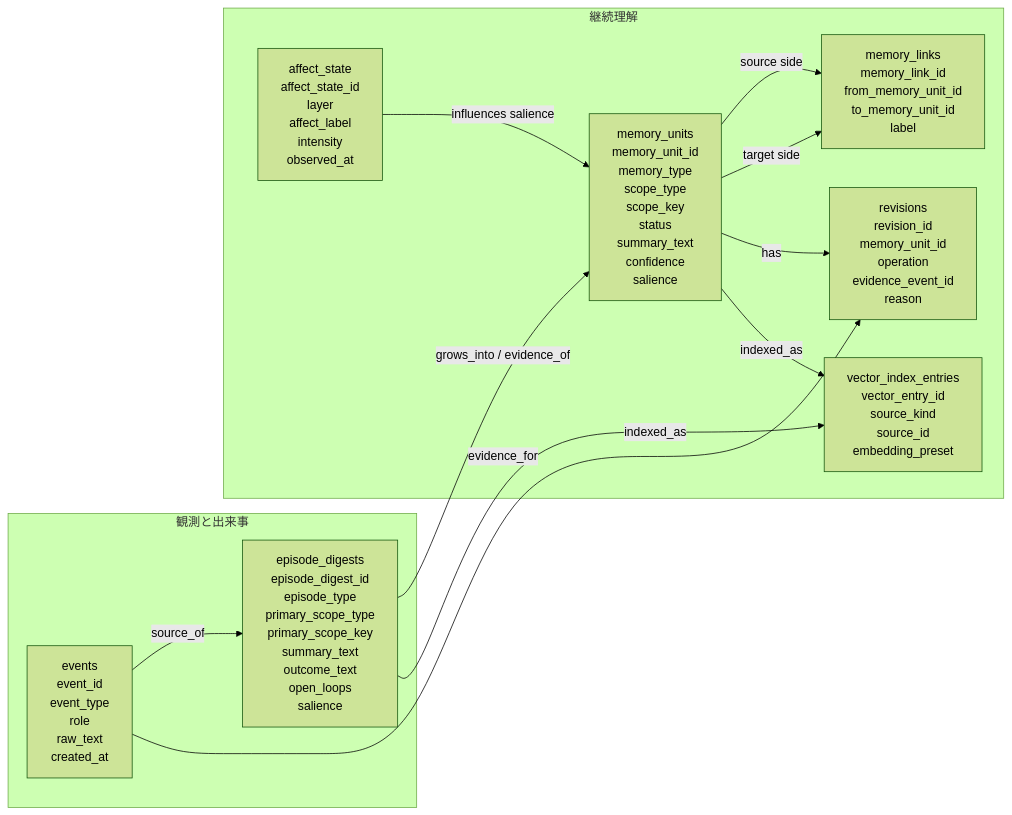
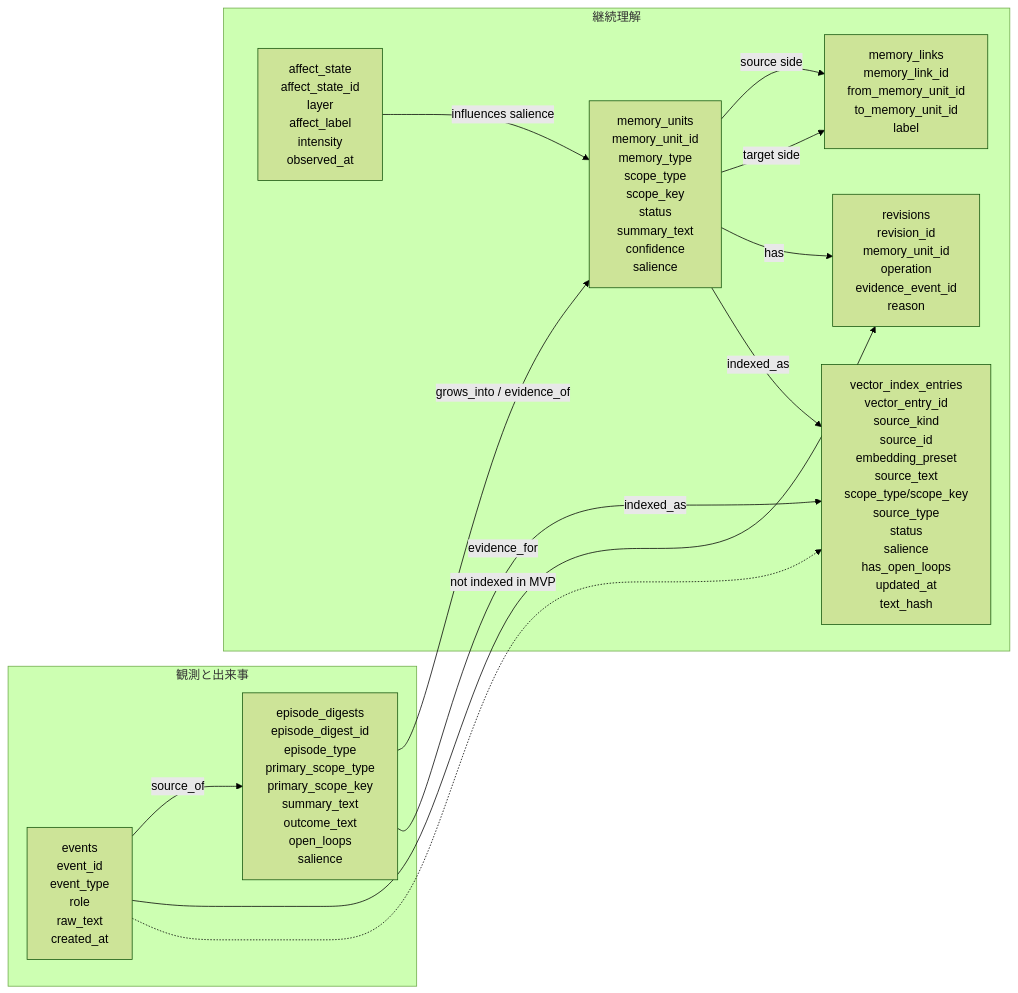
The ninth of 10 diagrams in docs/reference/memory/02_想起と判断フロー図.md (hirona98/OtomeKairo), drawn with Mermaid (forest theme) before and after one commit. The commit also changed other lines of this file and 4 other files, not shown here.

````diff
--- a/docs/reference/memory/02_想起と判断フロー図.md
+++ b/docs/reference/memory/02_想起と判断フロー図.md
@@ -414,25 +414,26 @@
 ```mermaid
 flowchart LR
     subgraph RAW[観測と出来事]
         EV[events<br/>event_id<br/>event_type<br/>role<br/>raw_text<br/>created_at]
         ED[episode_digests<br/>episode_digest_id<br/>episode_type<br/>primary_scope_type<br/>primary_scope_key<br/>summary_text<br/>outcome_text<br/>open_loops<br/>salience]
     end
 
     subgraph CORE[継続理解]
         MU[memory_units<br/>memory_unit_id<br/>memory_type<br/>scope_type<br/>scope_key<br/>status<br/>summary_text<br/>confidence<br/>salience]
         ML[memory_links<br/>memory_link_id<br/>from_memory_unit_id<br/>to_memory_unit_id<br/>label]
         RV[revisions<br/>revision_id<br/>memory_unit_id<br/>operation<br/>evidence_event_id<br/>reason]
         AF[affect_state<br/>affect_state_id<br/>layer<br/>affect_label<br/>intensity<br/>observed_at]
-        VX[vector_index_entries<br/>vector_entry_id<br/>source_kind<br/>source_id<br/>embedding_preset]
+        VX[vector_index_entries<br/>vector_entry_id<br/>source_kind<br/>source_id<br/>embedding_preset<br/>source_text<br/>scope_type/scope_key<br/>source_type<br/>status<br/>salience<br/>has_open_loops<br/>updated_at<br/>text_hash]
     end
 
     EV -->|source_of| ED
     ED -->|grows_into / evidence_of| MU
     MU -->|source side| ML
     MU -->|target side| ML
     MU -->|has| RV
     EV -->|evidence_for| RV
     AF -->|influences salience| MU
     MU -->|indexed_as| VX
     ED -->|indexed_as| VX
+    EV -. not indexed in MVP .-> VX
 ```
````
